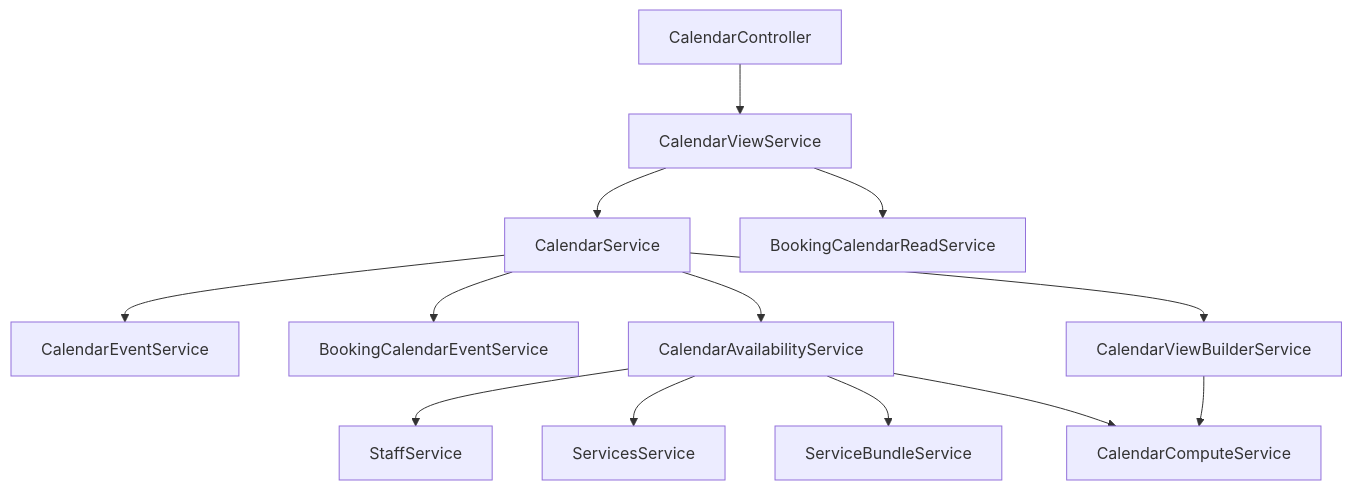
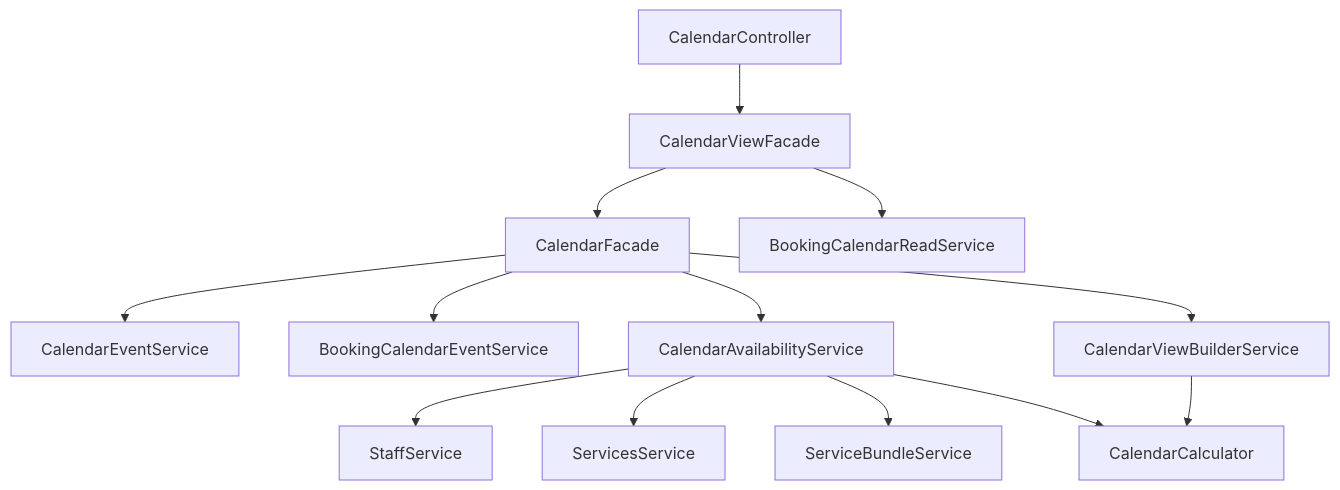
Before and after one commit to pavelnagorsky/crm-core: the third of 7 diagrams in docs/architecture/flows.md, drawn with Mermaid. The commit also changed other lines of this file and 577 other files, not shown here.

````diff
--- a/docs/architecture/flows.md
+++ b/docs/architecture/flows.md
@@ -57,17 +57,17 @@
 ```mermaid
 flowchart TB
-  CalendarController --> CalendarViewService
-  CalendarViewService --> CalendarService
-  CalendarViewService --> BookingCalendarReadService
+  CalendarController --> CalendarViewFacade
+  CalendarViewFacade --> CalendarFacade
+  CalendarViewFacade --> BookingCalendarReadService
 
-  CalendarService --> CalendarEventService
-  CalendarService --> BookingCalendarEventService
-  CalendarService --> CalendarAvailabilityService
-  CalendarService --> CalendarViewBuilderService
+  CalendarFacade --> CalendarEventService
+  CalendarFacade --> BookingCalendarEventService
+  CalendarFacade --> CalendarAvailabilityService
+  CalendarFacade --> CalendarViewBuilderService
 
   CalendarAvailabilityService --> StaffService
   CalendarAvailabilityService --> ServicesService
   CalendarAvailabilityService --> ServiceBundleService
-  CalendarAvailabilityService --> CalendarComputeService
-  CalendarViewBuilderService --> CalendarComputeService
+  CalendarAvailabilityService --> CalendarCalculator
+  CalendarViewBuilderService --> CalendarCalculator
 ```
````
